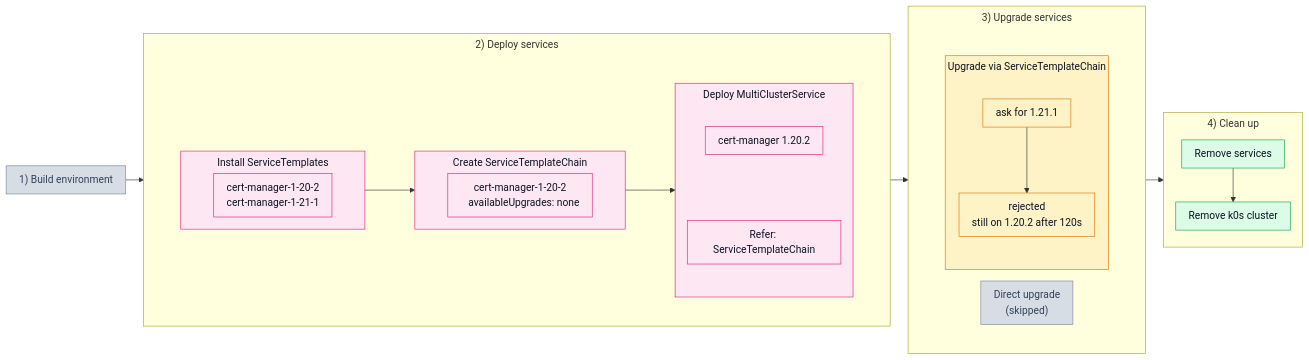
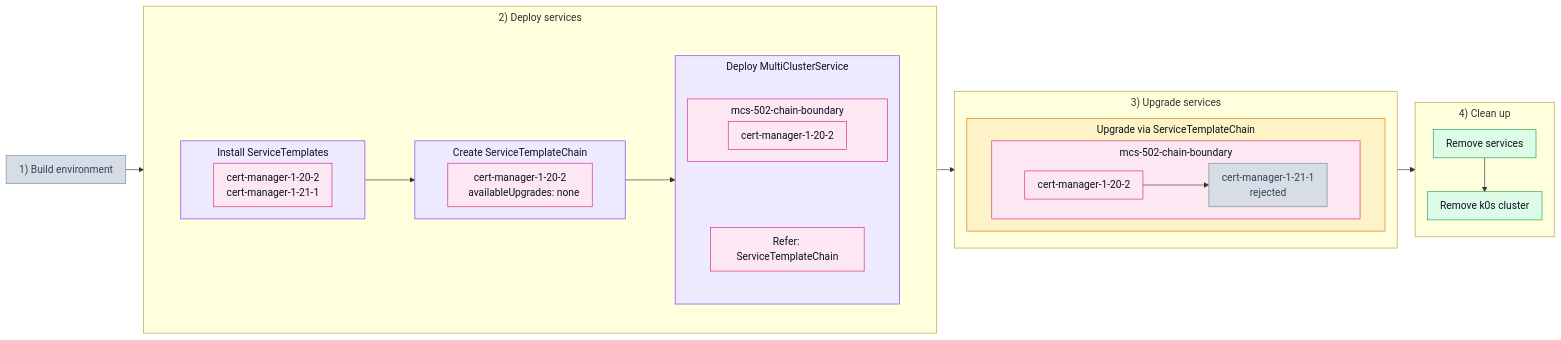
Before and after one commit to josef-hak/ksm-tests: the diagram in test_scenarios/502_chain_boundary.md, drawn with Mermaid. The commit also changed 9 other files, not shown here.

Commit message:
docs: apply the 301 schema style to the other scenarios

````diff
--- a/test_scenarios/502_chain_boundary.md
+++ b/test_scenarios/502_chain_boundary.md
@@ -18,55 +18,58 @@
 ```mermaid
 %%{init: {'flowchart': {'padding': 10, 'nodeSpacing': 18, 'rankSpacing': 28, 'subGraphTitleMargin': {'top': 6, 'bottom': 10}}}}%%
 flowchart LR
     P1["1) Build environment"]
 
     subgraph P2["2) Deploy services"]
         subgraph W2[" "]
             direction LR
             subgraph D1["Install ServiceTemplates"]
                 T1["cert-manager-1-20-2<br/>cert-manager-1-21-1"]
             end
 
             subgraph D3["Create ServiceTemplateChain"]
                 H1["cert-manager-1-20-2<br/>&nbsp;&nbsp;&nbsp;availableUpgrades: none"]
             end
 
             subgraph D2["Deploy MultiClusterService"]
                 direction TB
-                M1["cert-manager 1.20.2"] ~~~ R1["Refer: ServiceTemplateChain"]
+                subgraph DM["mcs-502-chain-boundary"]
+                    M1["cert-manager-1-20-2"]
+                end
+
+                DM ~~~ R1["Refer: ServiceTemplateChain"]
             end
 
             D1 --> D3 --> D2
         end
     end
 
     subgraph P3["3) Upgrade services"]
-        subgraph W3[" "]
-            direction LR
-            U1["Direct upgrade<br/>(skipped)"]
-
-            subgraph U2["Upgrade via ServiceTemplateChain"]
-                direction TB
-                S1["ask for 1.21.1"] --> S2["rejected<br/>still on 1.20.2 after 120s"]
+        subgraph U2["Upgrade via ServiceTemplateChain"]
+            subgraph UM["mcs-502-chain-boundary"]
+                direction LR
+                V1["cert-manager-1-20-2"] --> V2["cert-manager-1-21-1<br/>rejected"]
             end
         end
     end
 
     subgraph P4["4) Clean up"]
         C1["Remove services"] --> C2["Remove k0s cluster"]
     end
 
     P1 --> P2 --> P3 --> P4
 
     classDef off fill:#d7dde5,stroke:#7c8a9c,color:#33415a
+    classDef purple fill:#ede9fe,stroke:#7c3aed,color:#0b1220
     classDef pink fill:#fce7f3,stroke:#db2777,color:#0b1220
     classDef amber fill:#fef3c7,stroke:#d97706,color:#0b1220
     classDef green fill:#dcfce7,stroke:#16a34a,color:#0b1220
     classDef bare fill:none,stroke:none
 
-    class P1,U1 off
-    class D1,D2,D3,T1,H1,M1,R1 pink
-    class U2,S1,S2 amber
+    class P1,V2 off
+    class D1,D2,D3 purple
+    class DM,T1,H1,M1,R1,UM,V1 pink
+    class U2 amber
     class C1,C2 green
-    class W2,W3 bare
+    class W2 bare
 ```
````
